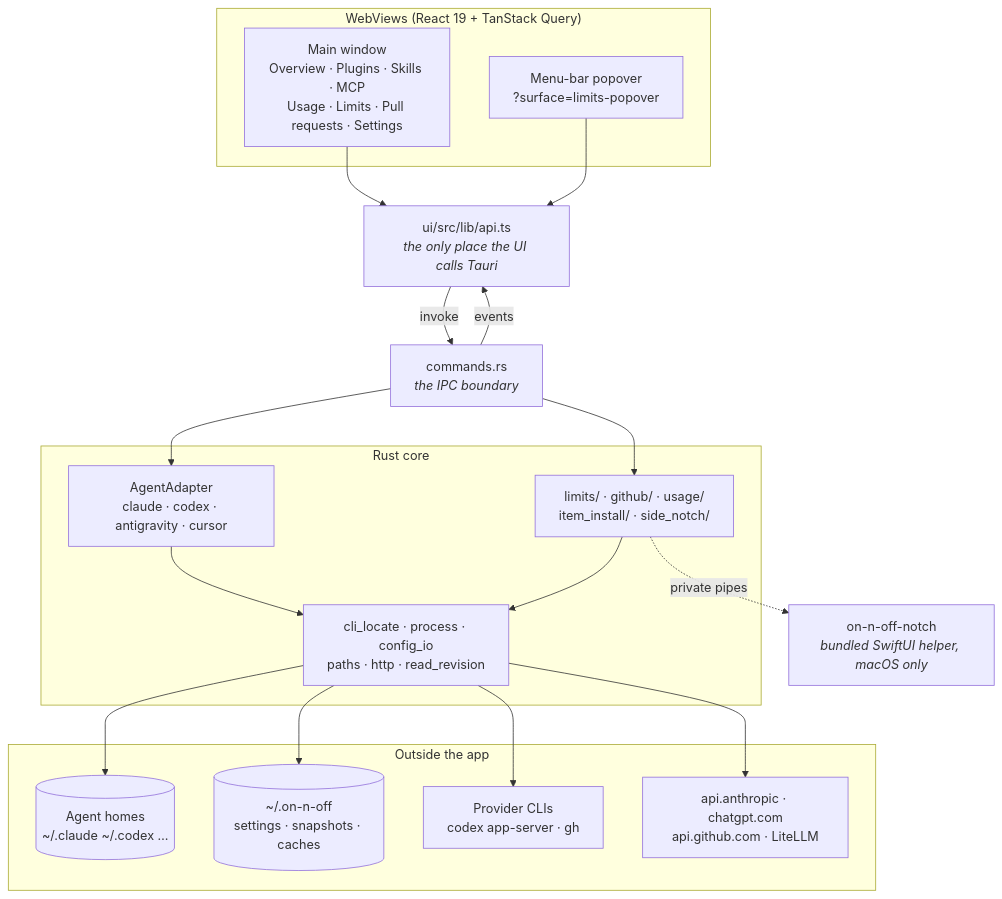
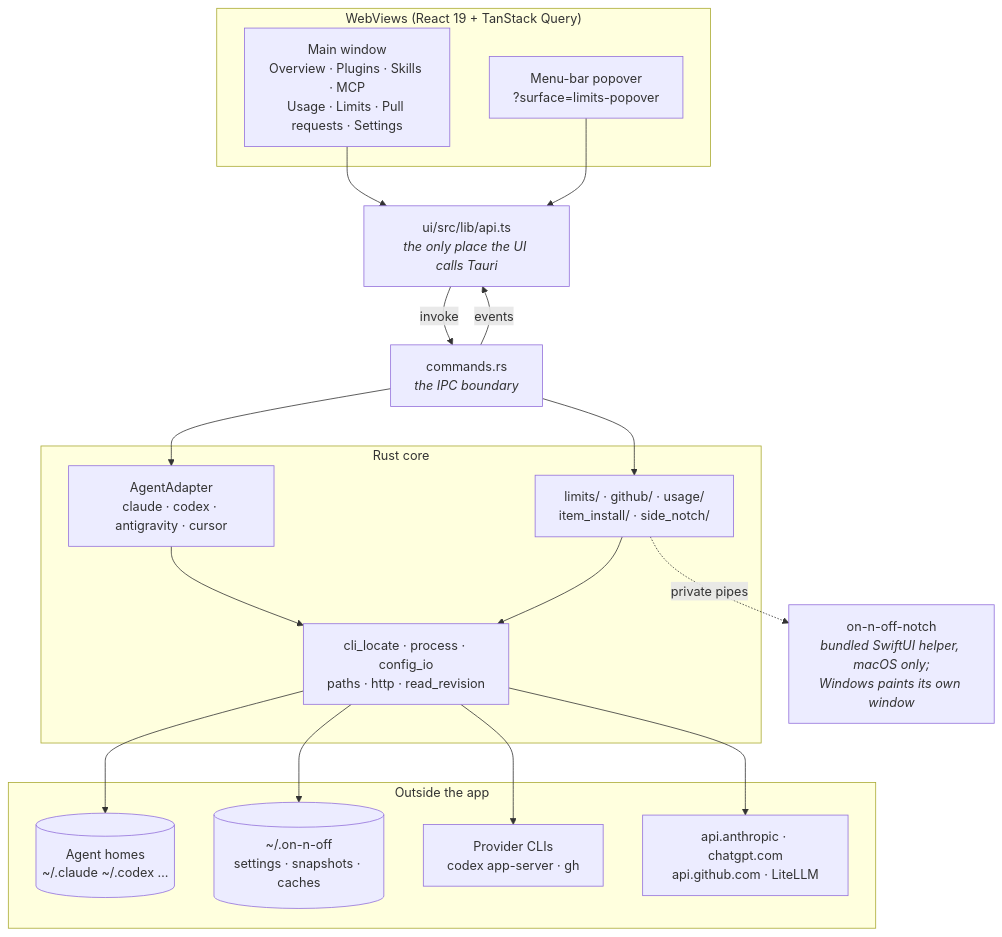
Before and after one commit to giostriquer/on-n-off: the first of 3 diagrams in docs/architecture/README.md, drawn with Mermaid. The commit also changed other lines of this file and 34 other files, not shown here.

````diff
--- a/docs/architecture/README.md
+++ b/docs/architecture/README.md
@@ -23,39 +23,39 @@
 ```mermaid
 flowchart TB
     subgraph webviews["WebViews (React 19 + TanStack Query)"]
         main["Main window<br/>Overview · Plugins · Skills · MCP<br/>Usage · Limits · Pull requests · Settings"]
         popover["Menu-bar popover<br/>?surface=limits-popover"]
     end
 
     api["ui/src/lib/api.ts<br/><i>the only place the UI calls Tauri</i>"]
     cmds["commands.rs<br/><i>the IPC boundary</i>"]
 
     subgraph core["Rust core"]
         adapters["AgentAdapter<br/>claude · codex · antigravity · cursor"]
         features["limits/ · github/ · usage/<br/>item_install/ · side_notch/"]
         plumbing["cli_locate · process · config_io<br/>paths · http · read_revision"]
     end
 
     subgraph outside["Outside the app"]
         homes[("Agent homes<br/>~/.claude ~/.codex …")]
         own[("~/.on-n-off<br/>settings · snapshots · caches")]
         clis["Provider CLIs<br/>codex app-server · gh"]
         net["api.anthropic · chatgpt.com<br/>api.github.com · LiteLLM"]
     end
 
-    notch["on-n-off-notch<br/><i>bundled SwiftUI helper, macOS only</i>"]
+    notch["on-n-off-notch<br/><i>bundled SwiftUI helper, macOS only;<br/>Windows paints its own window</i>"]
 
     main --> api
     popover --> api
     api -->|invoke| cmds
     cmds -->|events| api
     cmds --> adapters
     cmds --> features
     adapters --> plumbing
     features --> plumbing
     plumbing --> homes
     plumbing --> own
     plumbing --> clis
     plumbing --> net
     features -.->|private pipes| notch
 ```
````
